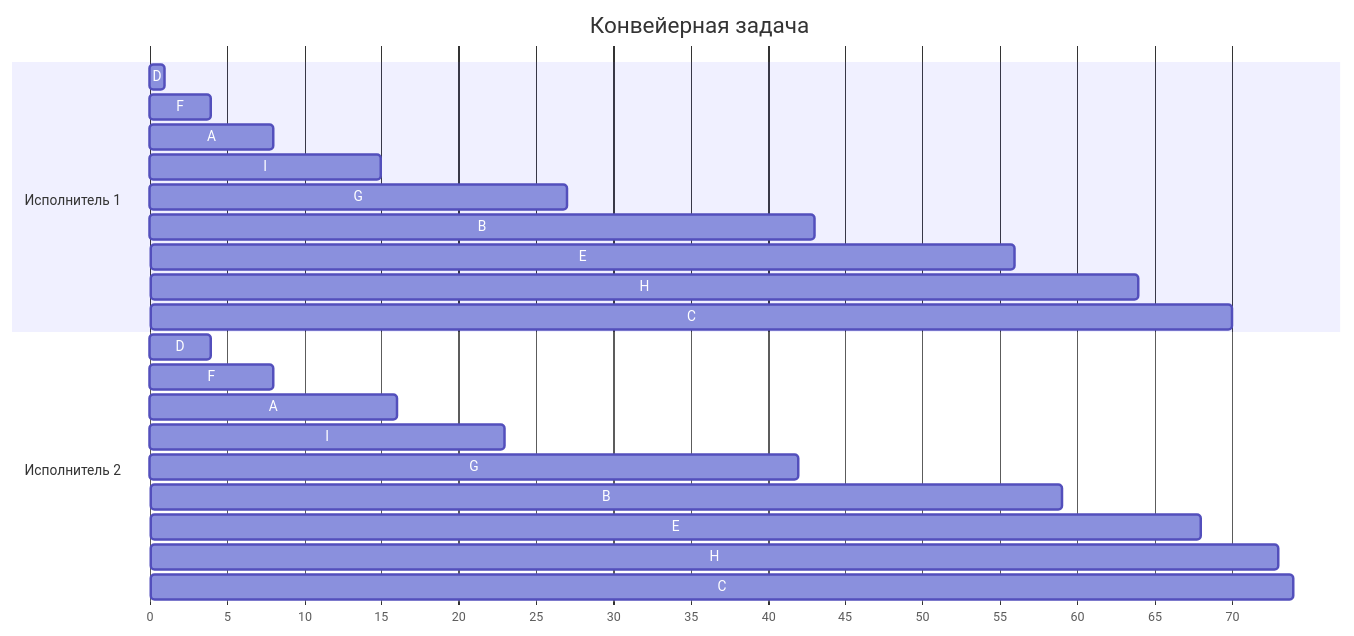
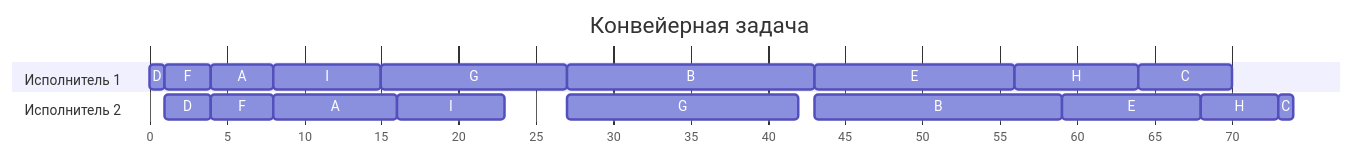
The first of 2 diagrams in Задание 8/invariant.md (hse-algo-ps-25-1/manual-tasks), drawn with Mermaid before and after one commit. The commit also changed other lines of this file, not shown here.

Commit message:
fix gantt diagrams

````diff
--- a/Задание 8/invariant.md
+++ b/Задание 8/invariant.md
@@ -88,33 +88,34 @@
 ```mermaid
 ---
 displayMode: compact
 config:
   gantt:
     leftPadding: 110
 ---
 gantt
     title Конвейерная задача
-    dateFormat X
-    axisFormat %s
+    dateFormat x
+    axisFormat %-L
+    tickInterval 5millisecond
     todayMarker off
     section Исполнитель 1
     D :d1, 0, 1
     F :f1, 1, 4
     A :a1, 4, 8
     I :i1, 8, 15
     G :g1, 15, 27
     B :b1, 27, 43
     E :e1, 43, 56
     H :h1, 56, 64
     C :c1, 64, 70
     section Исполнитель 2
     D :d2, 1, 4
     F :f2, 4, 8
     A :a2, 8, 16
     I :i2, 16, 23
     G :g2, 27, 42
     B :b2, 43, 59
     E :e2, 59, 68
     H :h2, 68, 73
     C :c2, 73, 74
 ```
````
